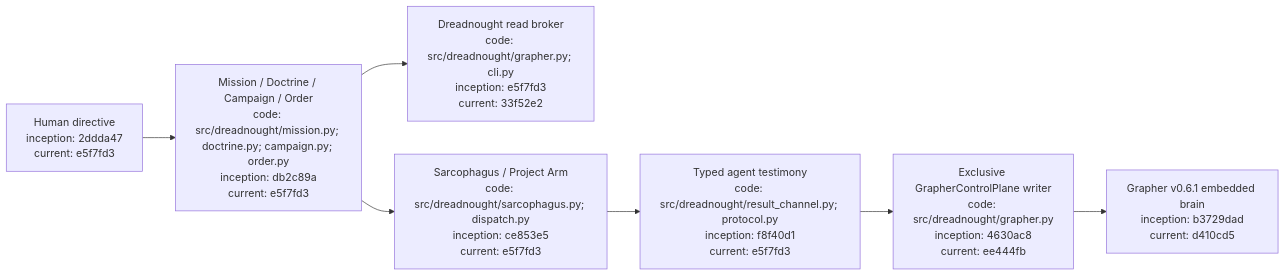
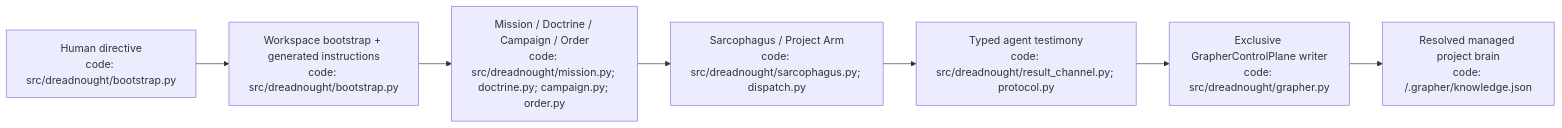
One commit to seanbman/dreadnought changed the first of 2 diagrams in docs/PROJECT_EXECUTION_TUTORIAL.md. Above: the diagram before and after it, drawn with Mermaid. The commit also changed other lines of this file, not shown here.

Commit message:
docs: update execution tutorial for workspace bootstrap

````diff
--- a/docs/PROJECT_EXECUTION_TUTORIAL.md
+++ b/docs/PROJECT_EXECUTION_TUTORIAL.md
@@ -323,9 +265,9 @@
 ```mermaid
 flowchart LR
-    H["Human directive\ninception: 2ddda47\ncurrent: e5f7fd3"] --> M["Mission / Doctrine / Campaign / Order\ncode: src/dreadnought/mission.py; doctrine.py; campaign.py; order.py\ninception: db2c89a\ncurrent: e5f7fd3"]
-    M --> B["Dreadnought read broker\ncode: src/dreadnought/grapher.py; cli.py\ninception: e5f7fd3\ncurrent: 33f52e2"]
-    M --> S["Sarcophagus / Project Arm\ncode: src/dreadnought/sarcophagus.py; dispatch.py\ninception: ce853e5\ncurrent: e5f7fd3"]
-    S --> T["Typed agent testimony\ncode: src/dreadnought/result_channel.py; protocol.py\ninception: f8f40d1\ncurrent: e5f7fd3"]
-    T --> C["Exclusive GrapherControlPlane writer\ncode: src/dreadnought/grapher.py\ninception: 4630ac8\ncurrent: ee444fb"]
-    C --> G["Grapher v0.6.1 embedded brain\ninception: b3729dad\ncurrent: d410cd5"]
+    H["Human directive\ncode: src/dreadnought/bootstrap.py"] --> B["Workspace bootstrap + generated instructions\ncode: src/dreadnought/bootstrap.py"]
+    B --> M["Mission / Doctrine / Campaign / Order\ncode: src/dreadnought/mission.py; doctrine.py; campaign.py; order.py"]
+    M --> S["Sarcophagus / Project Arm\ncode: src/dreadnought/sarcophagus.py; dispatch.py"]
+    S --> T["Typed agent testimony\ncode: src/dreadnought/result_channel.py; protocol.py"]
+    T --> C["Exclusive GrapherControlPlane writer\ncode: src/dreadnought/grapher.py"]
+    C --> G["Resolved managed project brain\ncode: <project>/.grapher/knowledge.json"]
 ```
````
